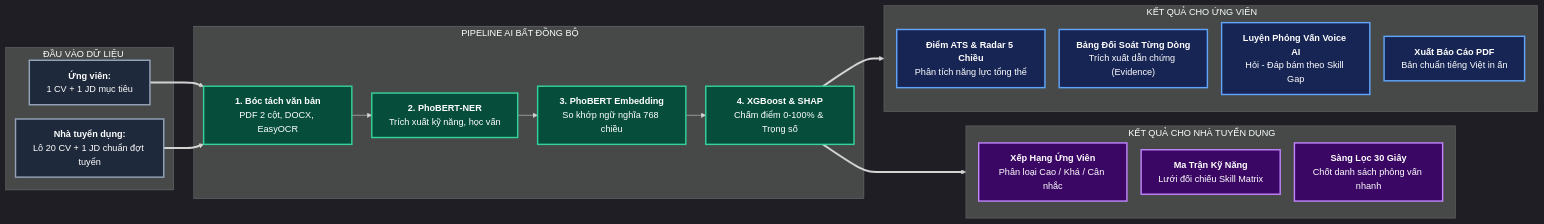
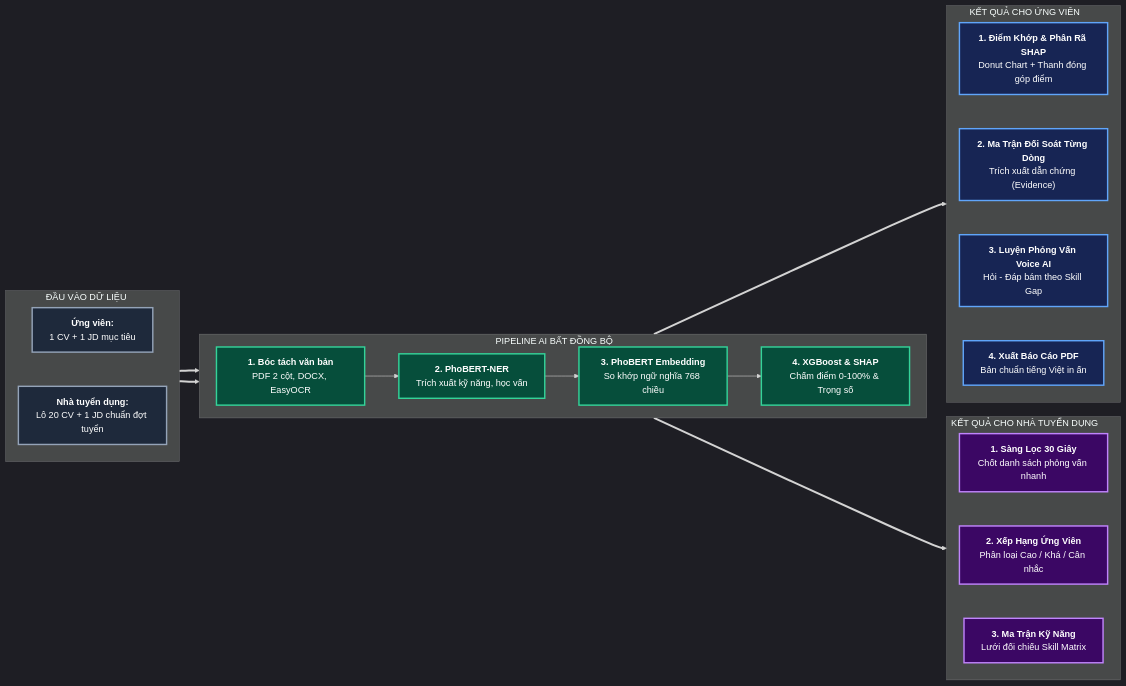
Before and after one commit to herSummer39/cv_hang_bao_tien: the diagram in so_do_mermaid_luong_du_lieu_dark.mmd, drawn with Mermaid. The commit also changed 5 other files, not shown here.

```diff
--- a/so_do_mermaid_luong_du_lieu_dark.mmd
+++ b/so_do_mermaid_luong_du_lieu_dark.mmd
@@ -1,54 +1,68 @@
 %%{init: {'theme': 'dark', 'flowchart': {'htmlLabels': true, 'curve': 'basis', 'nodeSpacing': 25, 'rankSpacing': 35}}}%%
 %% ====================================================================
-%% SƠ ĐỒ 2 (DARK MODE): LUỒNG DỮ LIỆU ĐỐI SOÁT 2 CHIỀU (KHÔNG MẤT CHỮ)
+%% SƠ ĐỒ 2 (DARK MODE): LUỒNG DỮ LIỆU ĐỐI SOÁT 2 CHIỀU
+%% ĐÃ KHÓA CỨNG THỨ TỰ THẢ XUỐNG CHUẨN 1 -> 2 -> 3 -> 4
 %% ====================================================================
 
 flowchart LR
     %% INPUT
     subgraph INPUT ["ĐẦU VÀO DỮ LIỆU &nbsp;&nbsp;&nbsp;&nbsp;"]
+        direction TB
         CV_USER["<b>Ứng viên:</b><br/>1 CV + 1 JD mục tiêu"]
         CV_BATCH["<b>Nhà tuyển dụng:</b><br/>Lô 20 CV + 1 JD chuẩn đợt tuyển"]
+        
+        CV_USER ~~~ CV_BATCH
     end
 
     %% AI PIPELINE
     subgraph ENGINE ["PIPELINE AI BẤT ĐỒNG BỘ &nbsp;&nbsp;&nbsp;&nbsp;&nbsp;&nbsp;"]
+        direction LR
         P1["<b>1. Bóc tách văn bản</b><br/>PDF 2 cột, DOCX, EasyOCR"]
         P2["<b>2. PhoBERT-NER</b><br/>Trích xuất kỹ năng, học vấn"]
         P3["<b>3. PhoBERT Embedding</b><br/>So khớp ngữ nghĩa 768 chiều"]
         P4["<b>4. XGBoost & SHAP</b><br/>Chấm điểm 0-100% & Trọng số"]
         
         P1 --> P2 --> P3 --> P4
     end
 
-    %% OUTPUT CANDIDATE
+    %% OUTPUT CANDIDATE (KHÓA CỨNG THỨ TỰ TỪ TRÊN XUỐNG 1 -> 2 -> 3 -> 4)
     subgraph OUT_USER ["KẾT QUẢ CHO ỨNG VIÊN &nbsp;&nbsp;&nbsp;&nbsp;&nbsp;&nbsp;"]
-        R1["<b>Điểm ATS & Radar 5 Chiều</b><br/>Phân tích năng lực tổng thể"]
-        R2["<b>Bảng Đối Soát Từng Dòng</b><br/>Trích xuất dẫn chứng (Evidence)"]
-        R3["<b>Luyện Phỏng Vấn Voice AI</b><br/>Hỏi - Đáp bám theo Skill Gap"]
-        R4["<b>Xuất Báo Cáo PDF</b><br/>Bản chuẩn tiếng Việt in ấn"]
+        direction TB
+        R1["<b>1. Điểm Khớp & Phân Rã SHAP</b><br/>Donut Chart + Thanh đóng góp điểm"]
+        R2["<b>2. Ma Trận Đối Soát Từng Dòng</b><br/>Trích xuất dẫn chứng (Evidence)"]
+        R3["<b>3. Luyện Phỏng Vấn Voice AI</b><br/>Hỏi - Đáp bám theo Skill Gap"]
+        R4["<b>4. Xuất Báo Cáo PDF</b><br/>Bản chuẩn tiếng Việt in ấn"]
+
+        R1 ~~~ R2
+        R2 ~~~ R3
+        R3 ~~~ R4
     end
 
-    %% OUTPUT HR
+    %% OUTPUT HR (KHÓA CỨNG THỨ TỰ TỪ TRÊN XUỐNG 1 -> 2 -> 3)
     subgraph OUT_HR ["KẾT QUẢ CHO NHÀ TUYỂN DỤNG &nbsp;&nbsp;&nbsp;&nbsp;&nbsp;&nbsp;"]
-        H1["<b>Xếp Hạng Ứng Viên</b><br/>Phân loại Cao / Khá / Cân nhắc"]
-        H2["<b>Ma Trận Kỹ Năng</b><br/>Lưới đối chiếu Skill Matrix"]
-        H3["<b>Sàng Lọc 30 Giây</b><br/>Chốt danh sách phỏng vấn nhanh"]
+        direction TB
+        H1["<b>1. Sàng Lọc 30 Giây</b><br/>Chốt danh sách phỏng vấn nhanh"]
+        H2["<b>2. Xếp Hạng Ứng Viên</b><br/>Phân loại Cao / Khá / Cân nhắc"]
+        H3["<b>3. Ma Trận Kỹ Năng</b><br/>Lưới đối chiếu Skill Matrix"]
+
+        H1 ~~~ H2
+        H2 ~~~ H3
     end
 
     %% LIÊN KẾT
     CV_USER ==> P1
     CV_BATCH ==> P1
 
     P4 ==> OUT_USER
     P4 ==> OUT_HR
 
     %% STYLING DARK MODE: Nền hộp sẫm công nghệ, Viền phát sáng Neon, Chữ trắng tinh
     classDef inStyle fill:#1e293b,stroke:#94a3b8,stroke-width:2.5px,color:#ffffff;
     classDef engineStyle fill:#064e3b,stroke:#34d399,stroke-width:2.5px,color:#ffffff;
     classDef userStyle fill:#172554,stroke:#60a5fa,stroke-width:2.5px,color:#ffffff;
     classDef hrStyle fill:#3b0764,stroke:#c084fc,stroke-width:2.5px,color:#ffffff;
 
     class CV_USER,CV_BATCH inStyle;
     class P1,P2,P3,P4 engineStyle;
     class R1,R2,R3,R4 userStyle;
     class H1,H2,H3 hrStyle;
```
